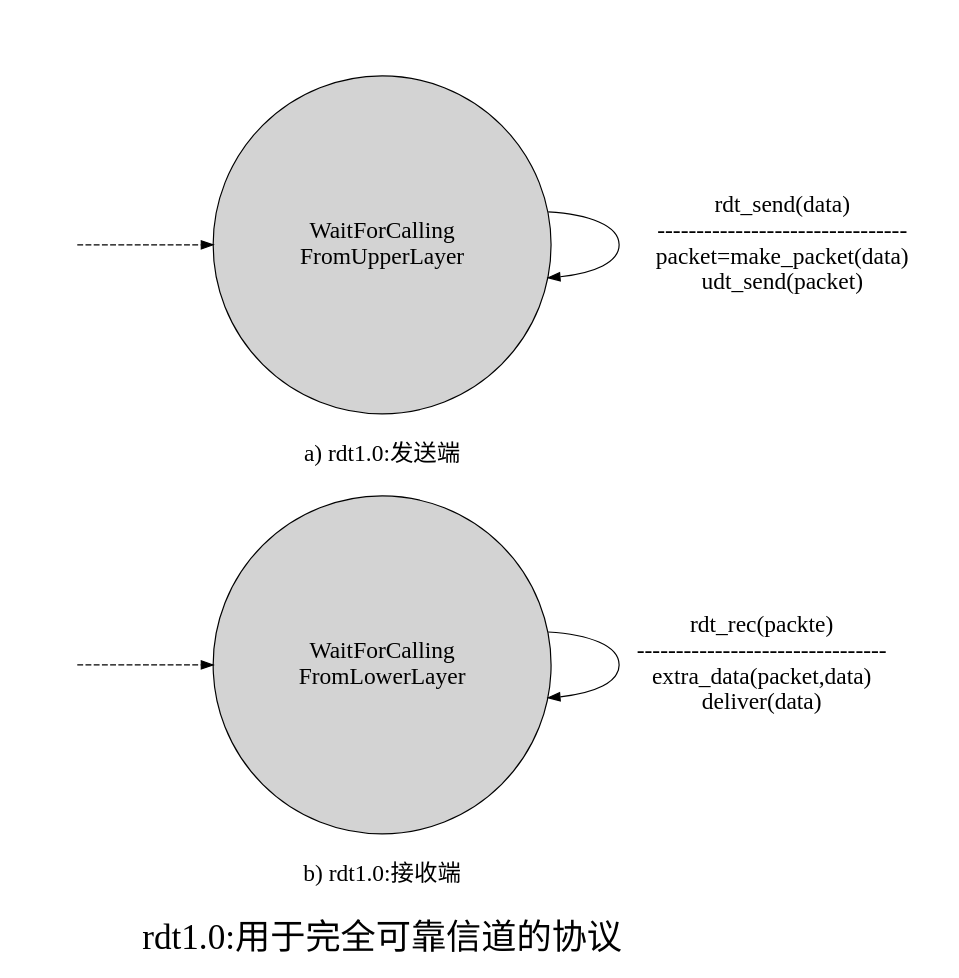
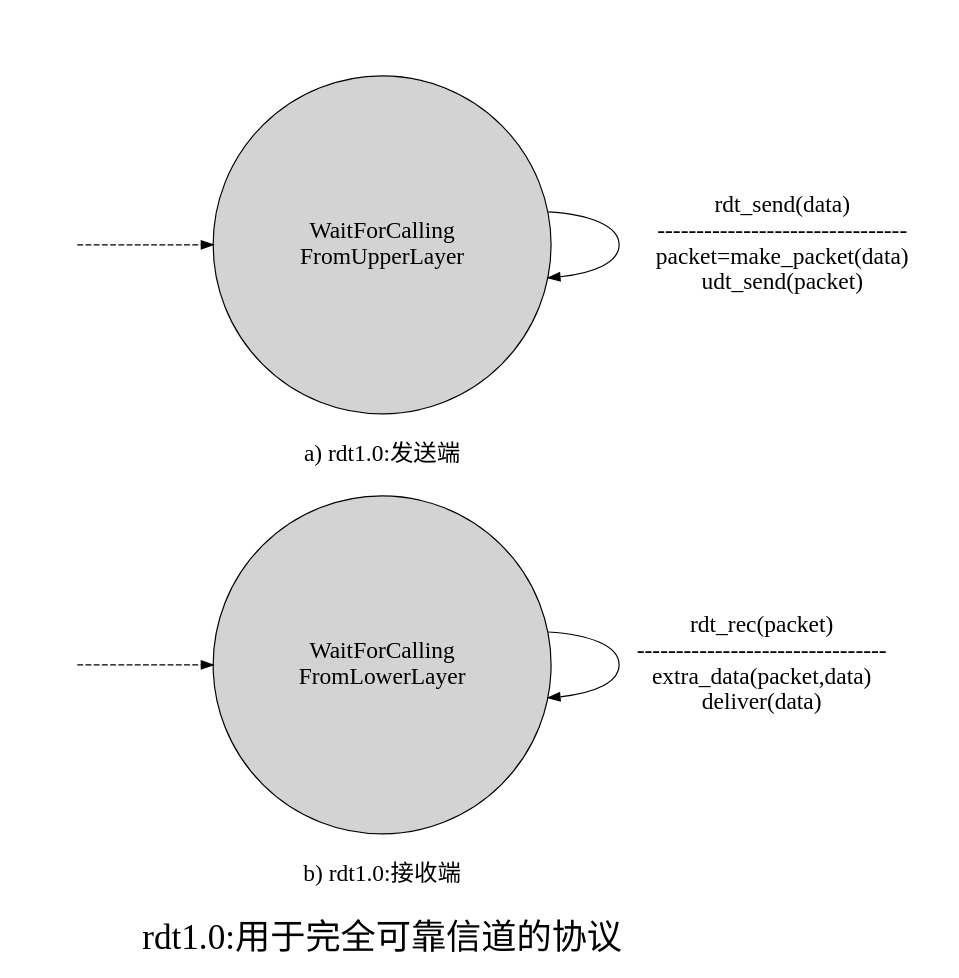
The diagram in src/Dots/Rdt.dot (Yunobububu/ThinkInJava), drawn with Graphviz before and after one commit. The commit also changed 3 other files, not shown here.

```diff
--- a/src/Dots/Rdt.dot
+++ b/src/Dots/Rdt.dot
@@ -1,31 +1,31 @@
 digraph Rdt {
   /* Entities */
   ranksep="0.2"
   nodesep="0.8"
   null1[shape="plaintext",style="invis"]
   null2[shape="plaintext",style="invis"]
   null3[shape="plaintext",style="invis"]
   null4[shape="plaintext",style="invis"]
   null1 -> null2 -> null3 -> null4[style=invis]
   {rank=same;null2,WaitForCallingFromUpperLayer}
   {rank=same;null4,WaitForCallingFromLowerLayer}
 
   null2 -> WaitForCallingFromUpperLayer[style=dashed]
   null4 -> WaitForCallingFromLowerLayer[style=dashed]
 
   WaitForCallingFromUpperLayer  [label="WaitForCalling\nFromUpperLayer", shape="circle",fixedsize="true",width=4,fontsize=20,style=filled;]
   WaitForCallingFromLowerLayer  [label="WaitForCalling\nFromLowerLayer", shape="circle",fixedsize="true",width=4,fontsize=20,style=filled;]
   Sender[label="a) rdt1.0:发送端",shape="plaintext",fontsize=20]
   Reveiver[label="b) rdt1.0:接收端",shape="plaintext",fontsize=20]
   WaitForCallingFromUpperLayer -> Sender[style="invis"]
   Sender -> WaitForCallingFromLowerLayer[style="invis"]
   Sender -> WaitForCallingFromLowerLayer[style="invis"]
   WaitForCallingFromLowerLayer -> Reveiver[style="invis"]
   WaitForCallingFromUpperLayer -> WaitForCallingFromUpperLayer
   [label="rdt_send(data)\n--------------------------------\npacket=make_packet(data)\nudt_send(packet)",fontsize=20]
   WaitForCallingFromLowerLayer -> WaitForCallingFromLowerLayer
-  [label="rdt_rec(packte)\n--------------------------------\nextra_data(packet,data)\ndeliver(data)",fontsize=20]
+  [label="rdt_rec(packet)\n--------------------------------\nextra_data(packet,data)\ndeliver(data)",fontsize=20]
   title[shape="plaintext",fontsize=30,label="rdt1.0:用于完全可靠信道的协议"]
-  Reveiver -> title[style="invis",label=""]
+  Reveiver -> title[style="invis"]
 
 }
```
